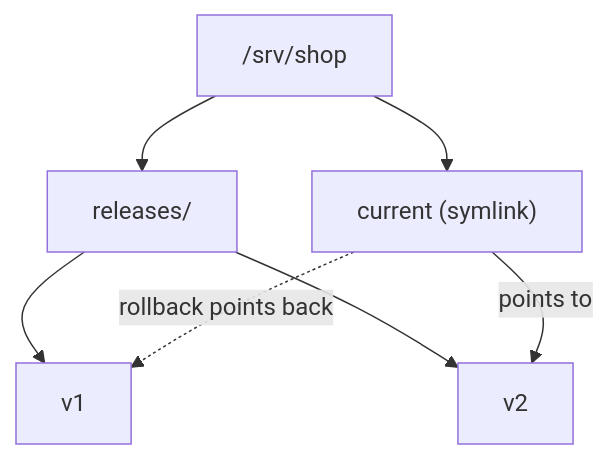
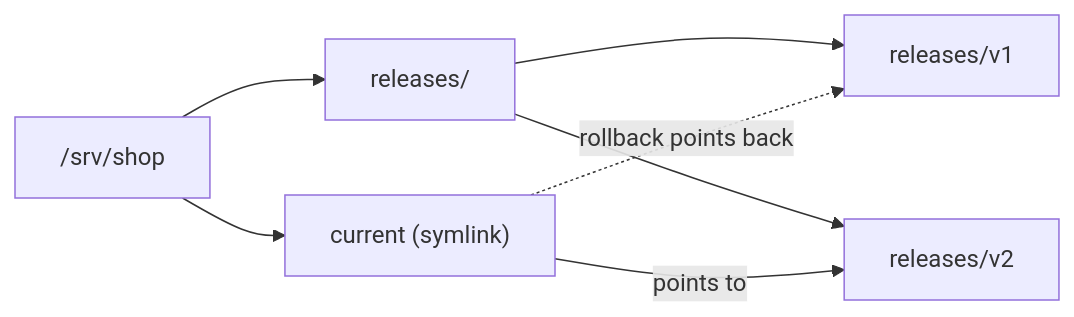
Before and after one commit to inou/nrgize-rs: the first of 2 diagrams in docs/directory-releases.md, drawn with Mermaid. The commit also changed other lines of this file and 6 other files, not shown here.

First line of the commit message:
Tidy the documentation diagrams

````diff
--- a/docs/directory-releases.md
+++ b/docs/directory-releases.md
@@ -70,9 +70,9 @@
 ```mermaid
-flowchart TD
+flowchart LR
     root["/srv/shop"] --> releases["releases/"]
     root --> current["current (symlink)"]
-    releases --> v1["v1"]
-    releases --> v2["v2"]
+    releases --> v1["releases/v1"]
+    releases --> v2["releases/v2"]
     current -->|points to| v2
     current -.->|rollback points back| v1
 ```
````
